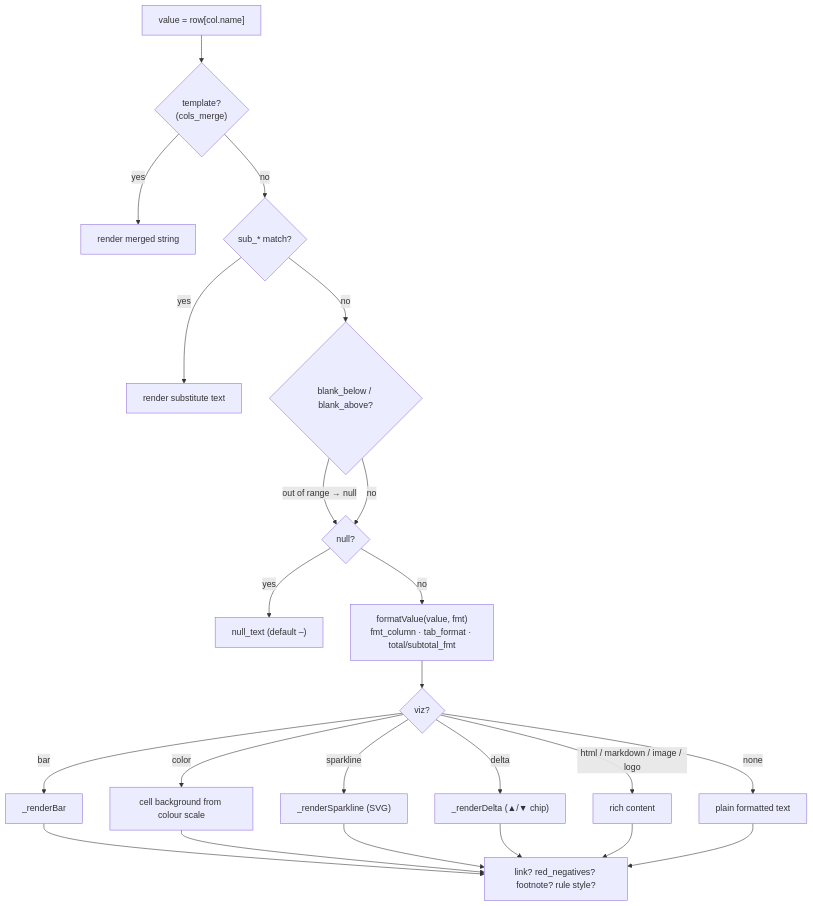
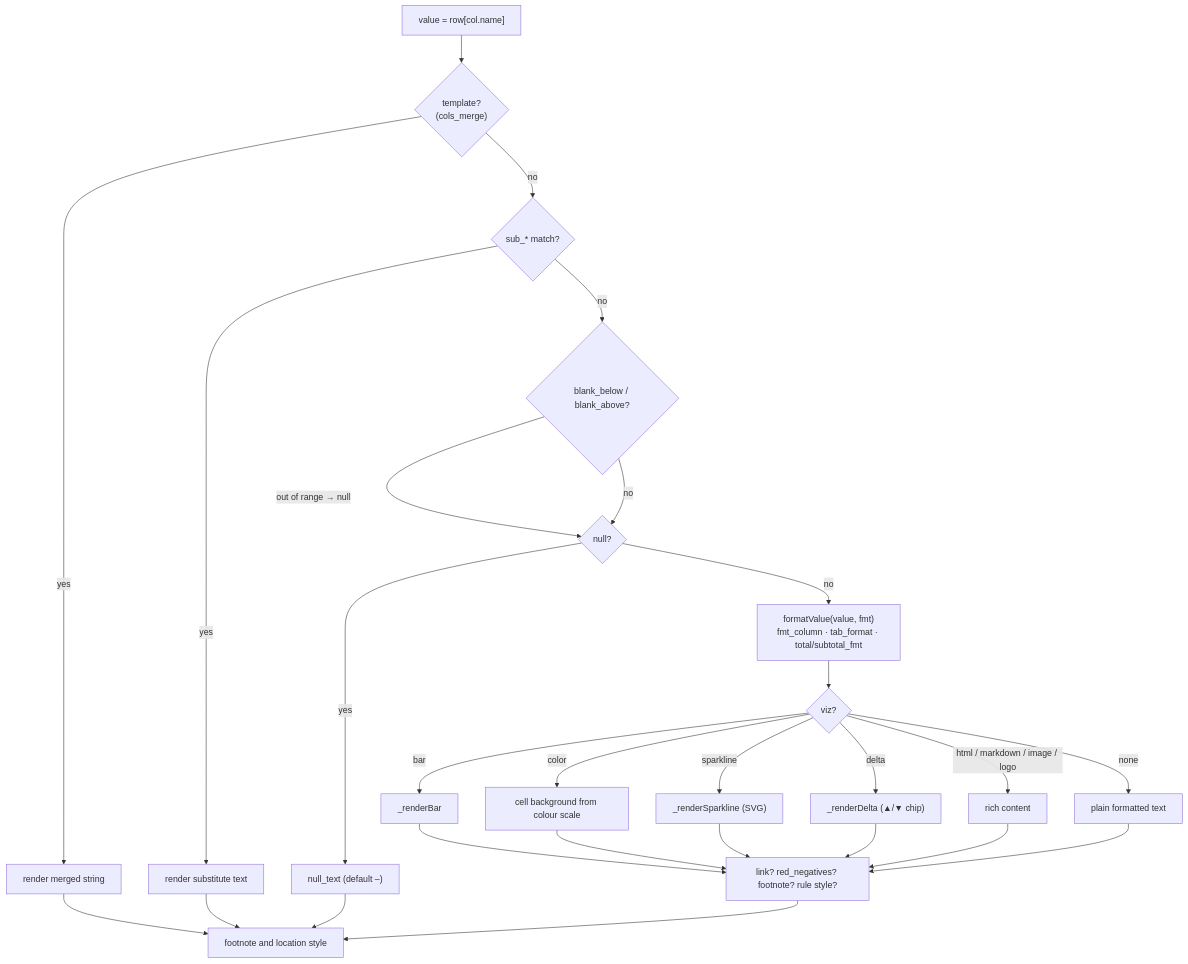
Before and after one commit to edouardp/evidential: the seventh of 11 diagrams in docs/technical-architecture.md, drawn with Mermaid. The commit also changed other lines of this file and 14 other files, not shown here.

````diff
--- a/docs/technical-architecture.md
+++ b/docs/technical-architecture.md
@@ -419,25 +423,29 @@
 ```mermaid
 flowchart TD
   A["value = row[col.name]"] --> B{"template?<br/>(cols_merge)"}
   B -->|yes| Z["render merged string"]
   B -->|no| C{"sub_* match?"}
   C -->|yes| Z2["render substitute text"]
   C -->|no| D{"blank_below / blank_above?"}
   D -->|"out of range → null"| E{"null?"}
   D -->|no| E
   E -->|yes| Z3["null_text (default –)"]
   E -->|no| F["formatValue(value, fmt)<br/>fmt_column · tab_format · total/subtotal_fmt"]
   F --> G{"viz?"}
   G -->|bar| BAR["_renderBar"]
   G -->|color| COL["cell background from colour scale"]
   G -->|sparkline| SPARK["_renderSparkline (SVG)"]
   G -->|delta| DELTA["_renderDelta (▲/▼ chip)"]
   G -->|html / markdown / image / logo| MEDIA["rich content"]
   G -->|none| TEXT["plain formatted text"]
   BAR --> H["link? red_negatives? footnote? rule style?"]
   COL --> H
   SPARK --> H
   DELTA --> H
   MEDIA --> H
   TEXT --> H
+  Z --> I["footnote and location style"]
+  Z2 --> I
+  Z3 --> I
+  H --> I
 ```
````
